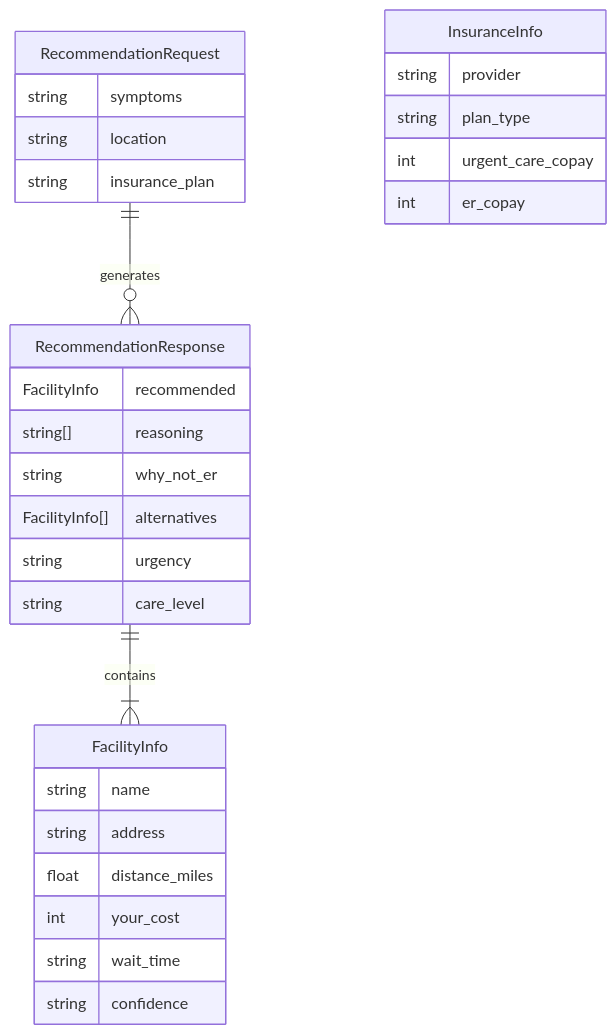
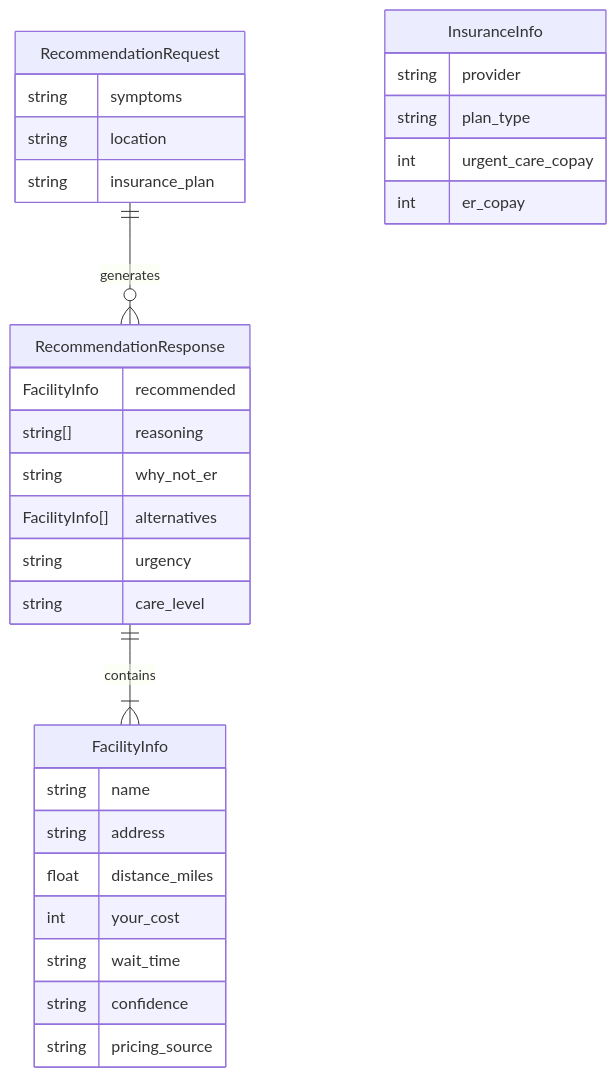
Before and after one commit to yizucodes/clear-bill: the diagram in README.md, drawn with Mermaid. The commit also changed other lines of this file and 1 other file, not shown here.

Commit message:
docs: update README and add Firecrawl flow diagram

````diff
--- a/README.md
+++ b/README.md
@@ -161,36 +602,37 @@
 ```mermaid
 erDiagram
     RecommendationRequest {
         string symptoms
         string location
         string insurance_plan
     }
 
     RecommendationResponse {
         FacilityInfo recommended
         string[] reasoning
         string why_not_er
         FacilityInfo[] alternatives
         string urgency
         string care_level
     }
 
     FacilityInfo {
         string name
         string address
         float distance_miles
         int your_cost
         string wait_time
         string confidence
+        string pricing_source
     }
 
     InsuranceInfo {
         string provider
         string plan_type
         int urgent_care_copay
         int er_copay
     }
 
     RecommendationRequest ||--o{ RecommendationResponse : generates
     RecommendationResponse ||--|{ FacilityInfo : contains
 ```
````
